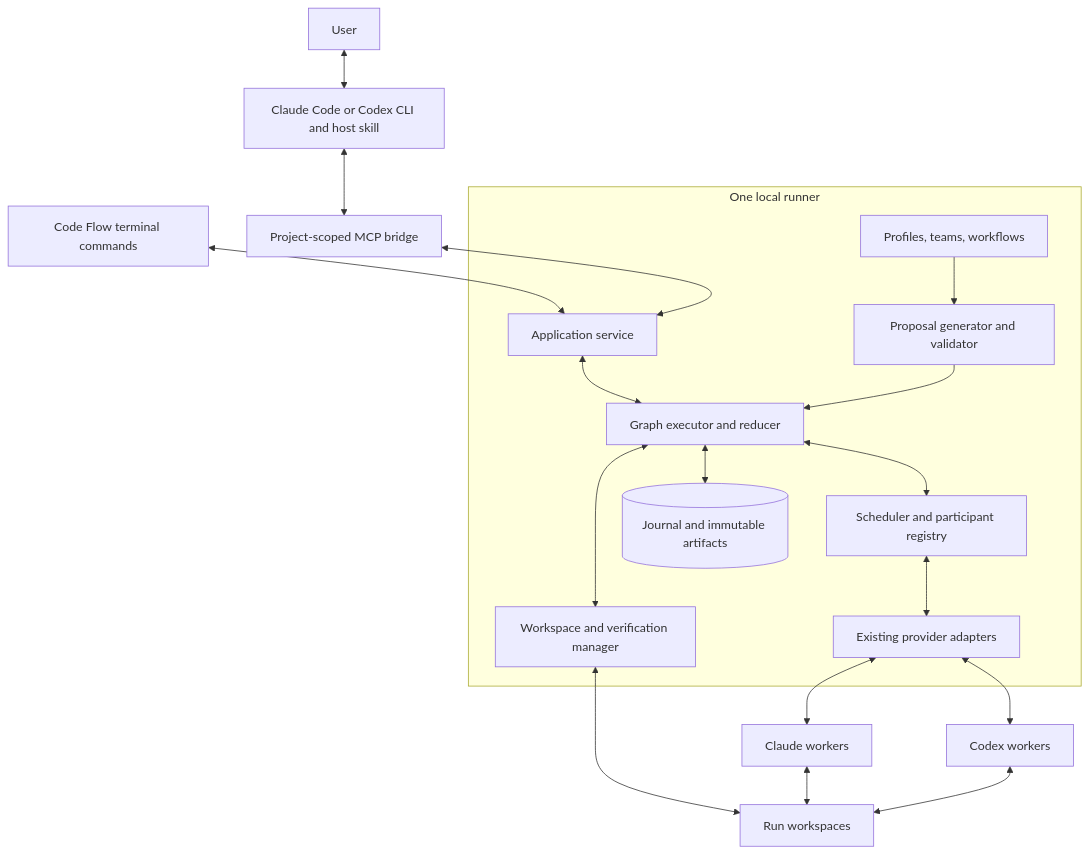
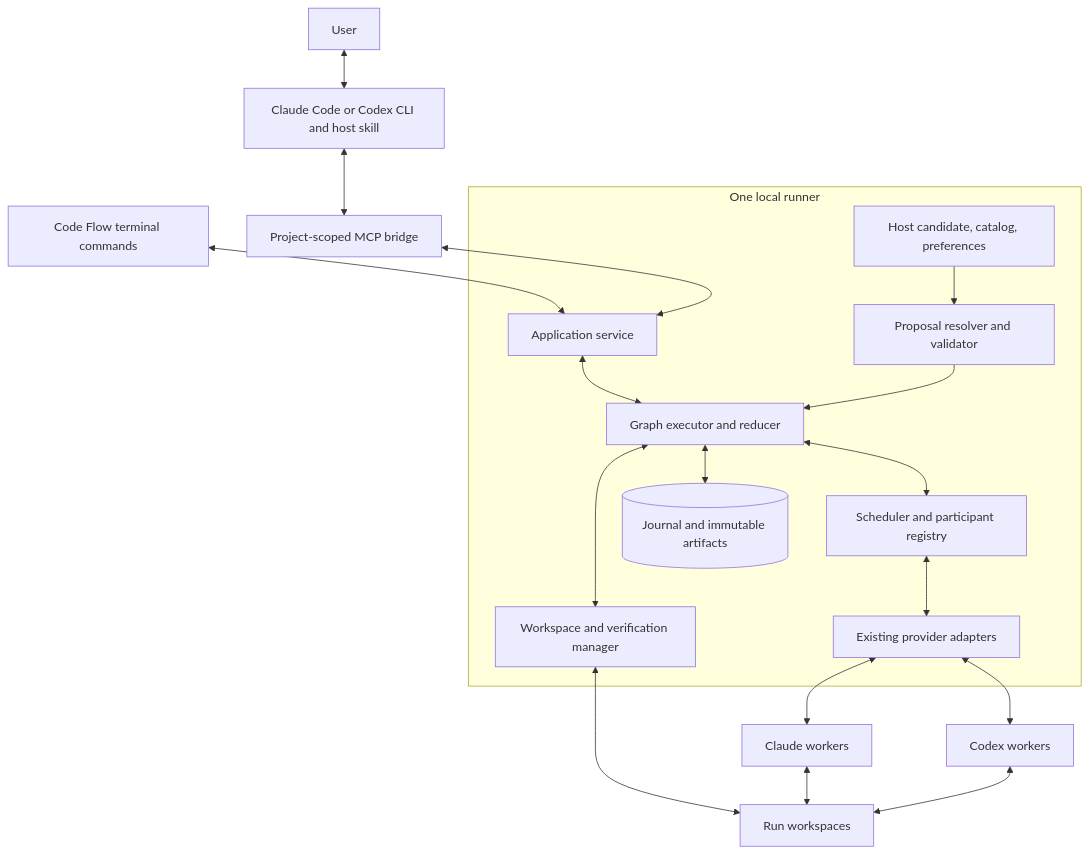
The diagram in docs/cli-teams/02-system-architecture.md (midhunxavier/code-flow), drawn with Mermaid before and after one commit. The commit also changed 122 other files, not shown here.

````diff
--- a/docs/cli-teams/02-system-architecture.md
+++ b/docs/cli-teams/02-system-architecture.md
@@ -7,21 +7,21 @@
 ```mermaid
 flowchart TD
     User[User] <--> Host[Claude Code or Codex CLI and host skill]
     Host <--> MCP[Project-scoped MCP bridge]
     Terminal[Code Flow terminal commands] <--> API[Application service]
     MCP <--> API
     subgraph Runner[One local runner]
         API <--> Engine[Graph executor and reducer]
-        Library[Profiles, teams, workflows] --> Proposal[Proposal generator and validator]
+        Library[Host candidate, catalog, preferences] --> Proposal[Proposal resolver and validator]
         Proposal --> Engine
         Engine <--> Scheduler[Scheduler and participant registry]
         Engine <--> Store[(Journal and immutable artifacts)]
         Scheduler <--> Adapters[Existing provider adapters]
         Engine <--> Workspace[Workspace and verification manager]
     end
     Adapters <--> Claude[Claude workers]
     Adapters <--> Codex[Codex workers]
     Workspace <--> Files[Run workspaces]
     Claude <--> Files
     Codex <--> Files
 ```
````
